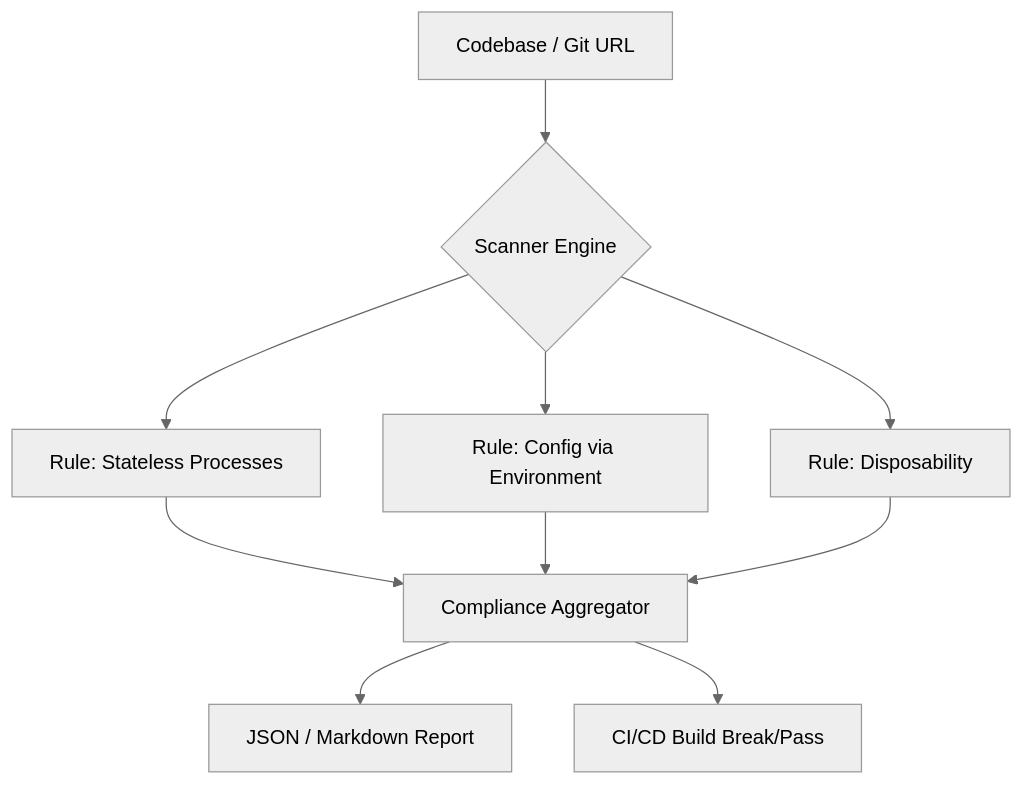
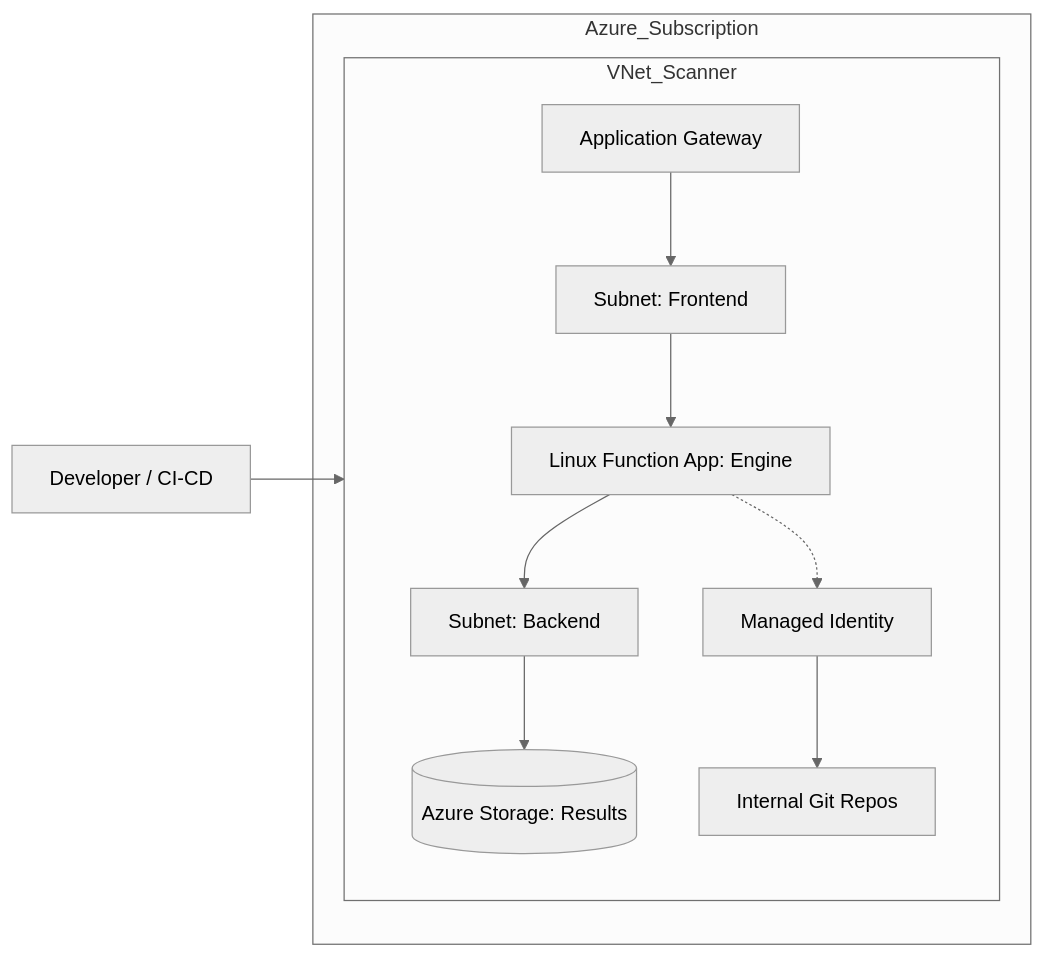
Before and after one commit to Devopstrio/12-factor-app-scanner: the second of 2 diagrams in README.md, drawn with Mermaid (neutral theme). The commit also changed other lines of this file, not shown here.

Commit message:
docs: improve high-level architecture diagrams and lifecycle workflows

````diff
--- a/README.md
+++ b/README.md
@@ -25,10 +58,15 @@
 ```mermaid
-graph TD
-    A[Codebase / Git URL] --> B{Scanner Engine}
-    B --> C[Rule: Stateless Processes]
-    B --> D[Rule: Config via Environment]
-    B --> E[Rule: Disposability]
-    C & D & E --> F[Compliance Aggregator]
-    F --> G[JSON / Markdown Report]
-    F --> H[CI/CD Build Break/Pass]
+graph LR
+    subgraph Azure_Subscription
+        subgraph VNet_Scanner
+            direction TB
+            A[Application Gateway] --> B[Subnet: Frontend]
+            B --> C[Linux Function App: Engine]
+            C --> D[Subnet: Backend]
+            D --> E[(Azure Storage: Results)]
+            C -.-> F[Managed Identity]
+            F --> G[Internal Git Repos]
+        end
+    end
+    H[Developer / CI-CD] --> A
 ```
````
